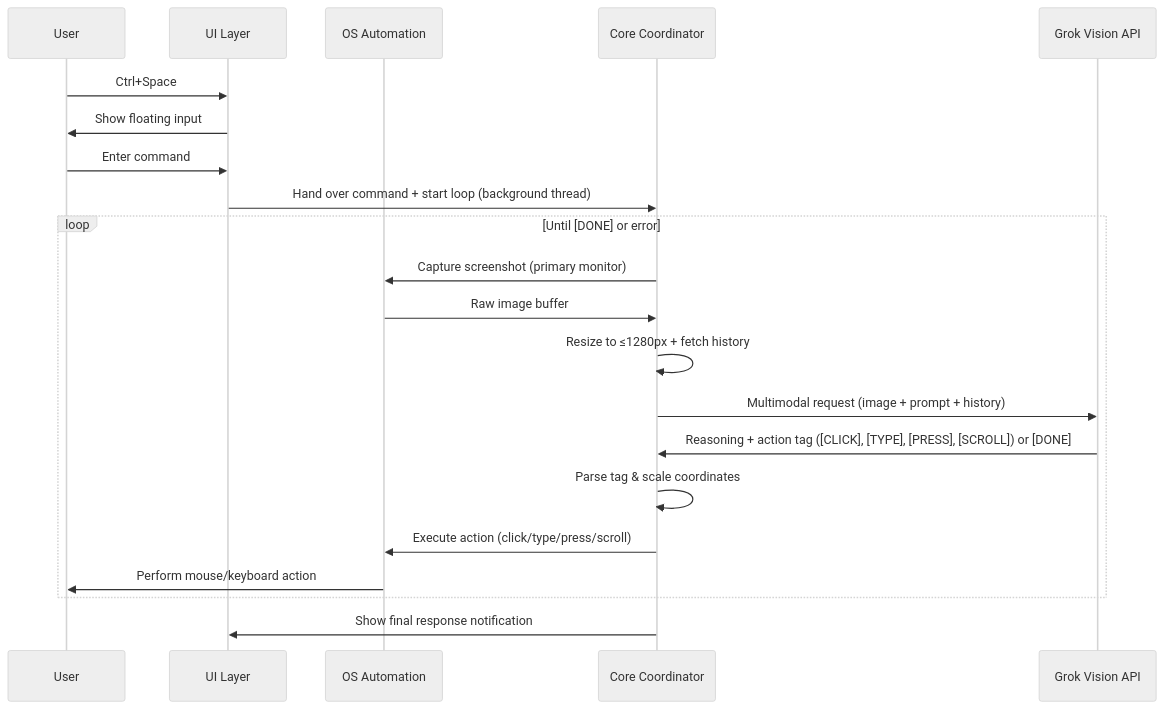
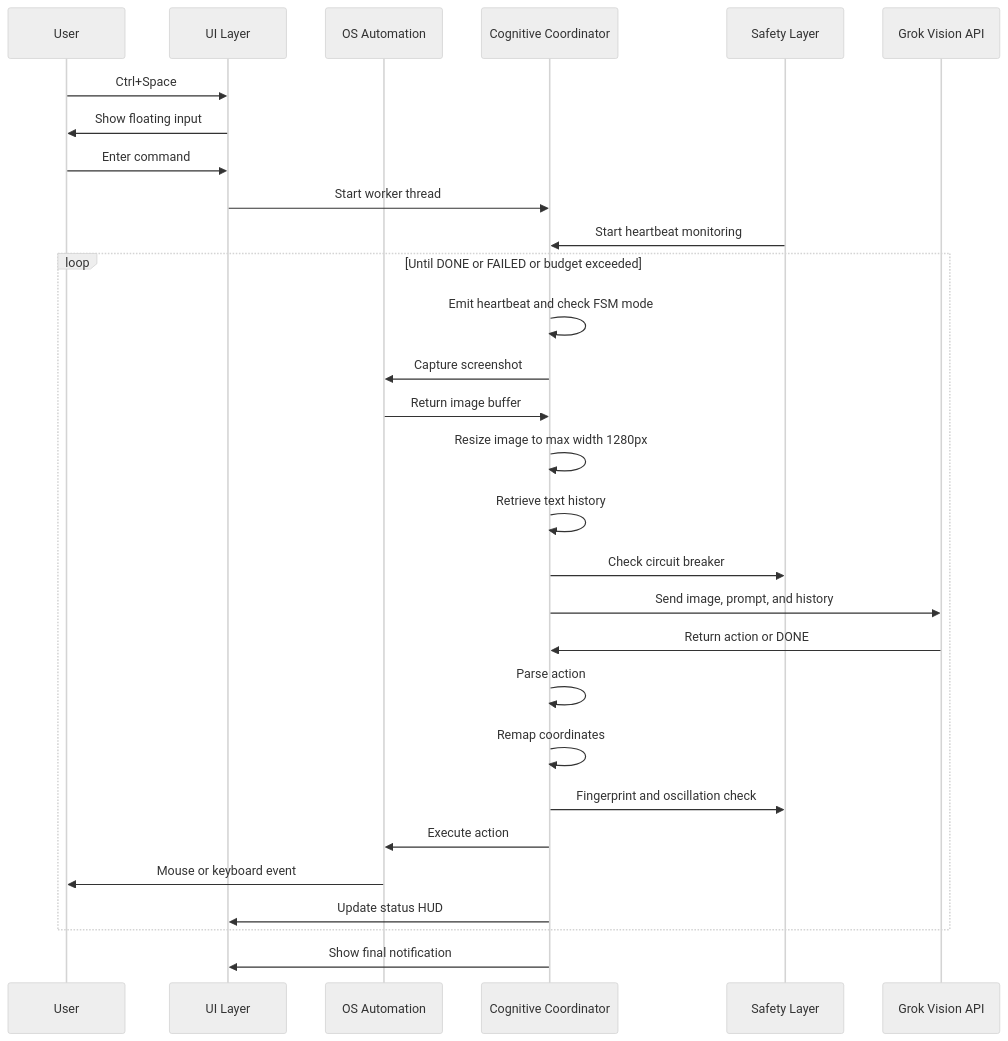
Before and after one commit to anjishnuHyperworks/local-desktop-agent: the second of 2 diagrams in hld_local_desktop_agent.md, drawn with Mermaid (neutral theme). The commit also changed other lines of this file and 2 other files, not shown here.

````diff
--- a/hld_local_desktop_agent.md
+++ b/hld_local_desktop_agent.md
@@ -55,24 +77,41 @@
 ```mermaid
 sequenceDiagram
     participant User
     participant UI as UI Layer
     participant OS as OS Automation
-    participant Core as Core Coordinator
+    participant Core as Cognitive Coordinator
+    participant Safety as Safety Layer
     participant Grok as Grok Vision API
 
     User->>UI: Ctrl+Space
     UI->>User: Show floating input
     User->>UI: Enter command
-    UI->>Core: Hand over command + start loop (background thread)
-    loop Until [DONE] or error
-        Core->>OS: Capture screenshot (primary monitor)
-        OS->>Core: Raw image buffer
-        Core->>Core: Resize to ≤1280px + fetch history
-        Core->>Grok: Multimodal request (image + prompt + history)
-        Grok->>Core: Reasoning + action tag ([CLICK], [TYPE], [PRESS], [SCROLL]) or [DONE]
-        Core->>Core: Parse tag & scale coordinates
-        Core->>OS: Execute action (click/type/press/scroll)
-        OS->>User: Perform mouse/keyboard action
+    UI->>Core: Start worker thread
+    Safety->>Core: Start heartbeat monitoring
+
+    loop Until DONE or FAILED or budget exceeded
+        Core->>Core: Emit heartbeat and check FSM mode
+        Core->>OS: Capture screenshot
+        OS->>Core: Return image buffer
+
+        Core->>Core: Resize image to max width 1280px
+        Core->>Core: Retrieve text history
+
+        Core->>Safety: Check circuit breaker
+        Core->>Grok: Send image, prompt, and history
+
+        Grok->>Core: Return action or DONE
+
+        Core->>Core: Parse action
+        Core->>Core: Remap coordinates
+
+        Core->>Safety: Fingerprint and oscillation check
+
+        Core->>OS: Execute action
+        OS->>User: Mouse or keyboard event
+
+        Core->>UI: Update status HUD
     end
-    Core->>UI: Show final response notification
+
+    Core->>UI: Show final notification
 ```
````
